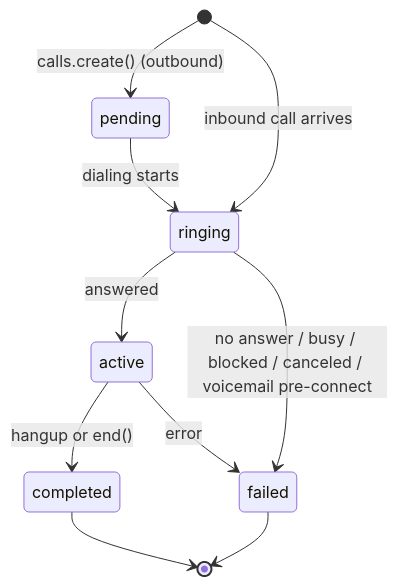
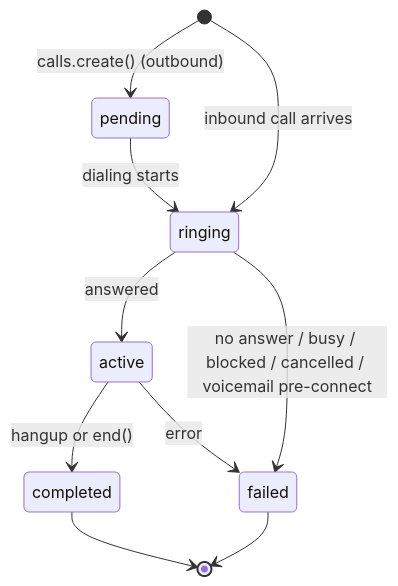
One commit to parvbhullar/unpod-dev-docs changed the first of 2 diagrams in speech-stack/call-lifecycle.mdx. Above: the diagram before and after it, drawn with Mermaid. The commit also changed other lines of this file and 22 other files, not shown here.

````diff
--- a/speech-stack/call-lifecycle.mdx
+++ b/speech-stack/call-lifecycle.mdx
@@ -19,12 +19,12 @@
 ```mermaid
 stateDiagram-v2
     [*] --> pending: calls.create() (outbound)
     [*] --> ringing: inbound call arrives
     pending --> ringing: dialing starts
     ringing --> active: answered
-    ringing --> failed: no answer / busy / blocked / canceled / voicemail pre-connect
+    ringing --> failed: no answer / busy / blocked / cancelled / voicemail pre-connect
     active --> completed: hangup or end()
     active --> failed: error
     completed --> [*]
     failed --> [*]
 ```
````
